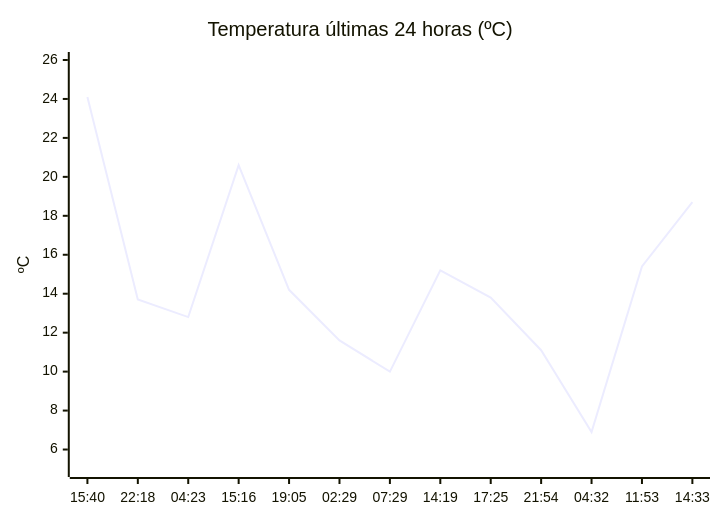
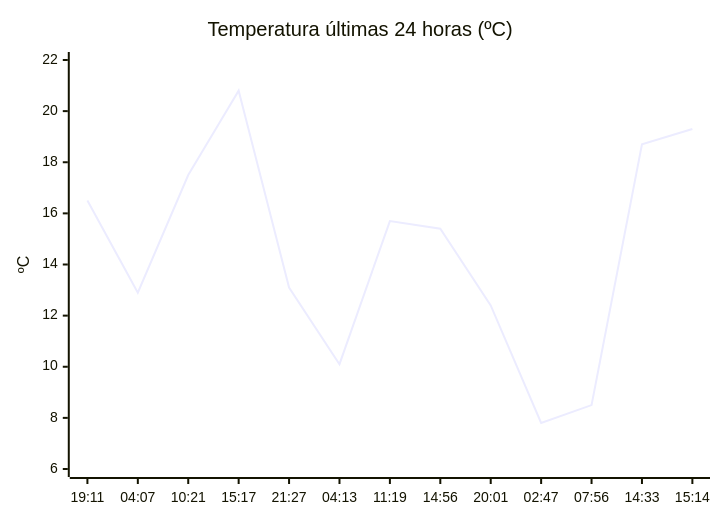
Before and after one commit to solidsnk86/rem-scrap: the diagram in README.md, drawn with Mermaid. The commit also changed other lines of this file, not shown here.

````diff
--- a/README.md
+++ b/README.md
@@ -32,7 +36,7 @@
 ```mermaid
 xychart-beta
     title "Temperatura últimas 24 horas (ºC)"
-    x-axis ["15:40", "22:18", "04:23", "15:16", "19:05", "02:29", "07:29", "14:19", "17:25", "21:54", "04:32", "11:53", "14:33"]
-    y-axis "ºC" 5 --> 26
-    line [24.1, 13.7, 12.8, 20.6, 14.2, 11.6, 10, 15.2, 13.8, 11.1, 6.9, 15.4, 18.7]
+    x-axis ["19:11", "04:07", "10:21", "15:17", "21:27", "04:13", "11:19", "14:56", "20:01", "02:47", "07:56", "14:33", "15:14"]
+    y-axis "ºC" 6 --> 22
+    line [16.5, 12.9, 17.5, 20.8, 13.1, 10.1, 15.7, 15.4, 12.4, 7.8, 8.5, 18.7, 19.3]
 ```
````
